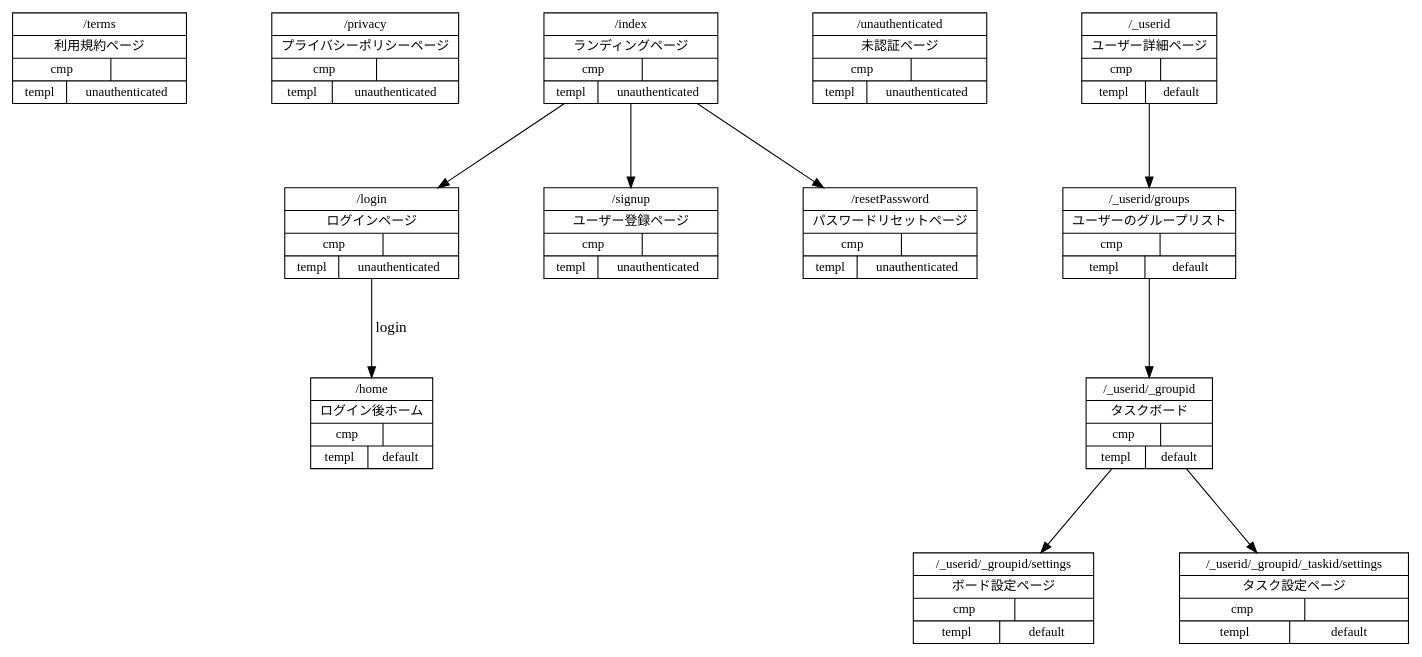
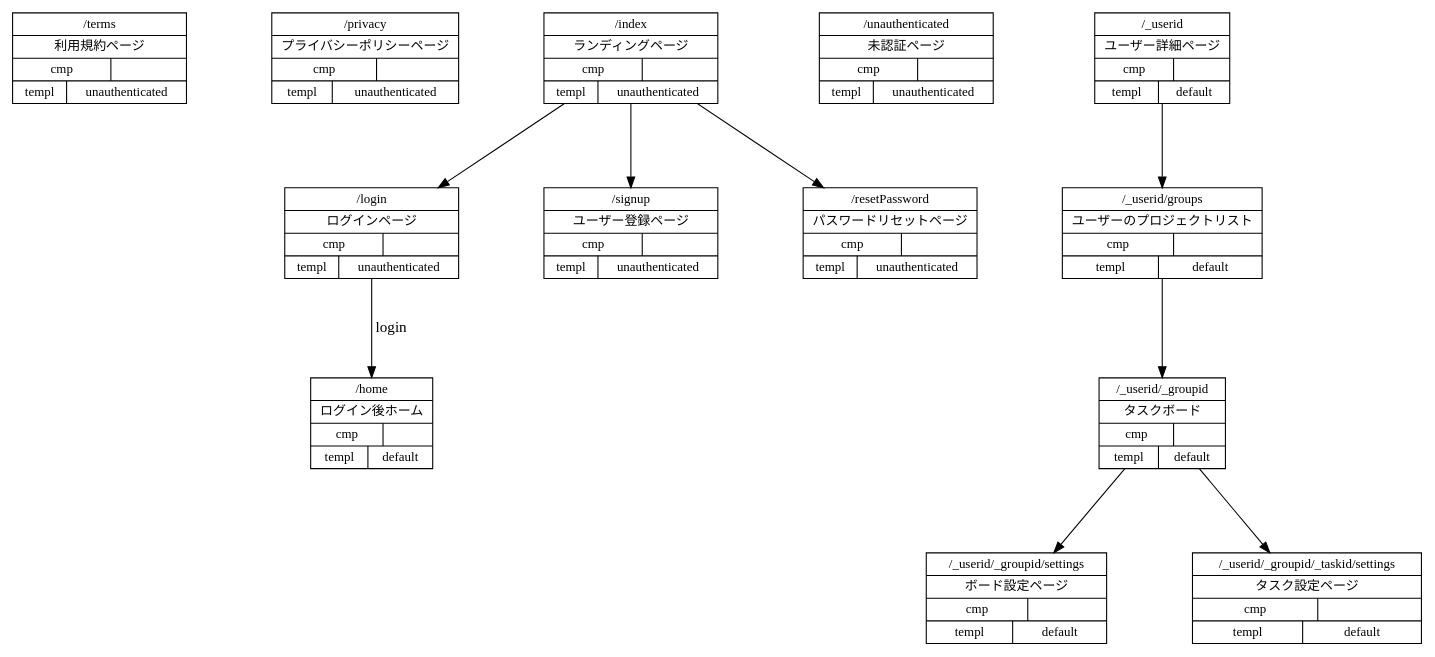
One commit to enpitut2018/task_driver_frontend changed the diagram in sitemap.dot. Above: the diagram before and after it, drawn with Graphviz. The commit also changed 4 other files, not shown here.

```diff
--- a/sitemap.dot
+++ b/sitemap.dot
@@ -1,50 +1,50 @@
 digraph graph_name {
   graph [
     charset = "UTF-8",
     bgcolor = "#FFFFFF",
     rankdir = TB,
     nodesep = 1.1,
     ranksep = 1.05
   ];
 
   node [
     shape = record,
     fontname = "Migu 1M",
     fontsize = 12,
   ];
 
   // node define
   // common page
   terms [label = "{/terms|利用規約ページ|{cmp|{}}|{templ|unauthenticated}}"];
   privacy [label = "{/privacy|プライバシーポリシーページ|{cmp|{}}|{templ|unauthenticated}}"];
 
 
   // before log in
   index [label = "{/index|ランディングページ|{cmp|{}}|{templ|unauthenticated}}"];
   unauthenticated [label = "{/unauthenticated|未認証ページ|{cmp|{}}|{templ|unauthenticated}}"];
   login [label = "{/login|ログインページ|{cmp|{}}|{templ|unauthenticated}}"];
   signup [label = "{/signup|ユーザー登録ページ|{cmp|{}}|{templ|unauthenticated}}"];
   resetPassword [label = "{/resetPassword|パスワードリセットページ|{cmp|{}}|{templ|unauthenticated}}"];
 
   // after logged in
   home [label = "{/home|ログイン後ホーム|{cmp|{}}|{templ|default}}"];
   user [label = "{/_userid|ユーザー詳細ページ|{cmp|{}}|{templ|default}}"];
-  groups [label = "{/_userid/groups|ユーザーのグループリスト|{cmp|{}}|{templ|default}}"];
+  groups [label = "{/_userid/groups|ユーザーのプロジェクトリスト|{cmp|{}}|{templ|default}}"];
   tasks [label = "{/_userid/_groupid|タスクボード|{cmp|{}}|{templ|default}}"];
   group_setting [label = "{/_userid/_groupid/settings|ボード設定ページ|{cmp|{}}|{templ|default}}"];
   task_setting [label = "{/_userid/_groupid/_taskid/settings|タスク設定ページ|{cmp|{}}|{templ|default}}"];
 
   // edge define
   // before log in
   index -> login [ label = "", weight = 1.0];
   index -> signup [ label = "", weight = 1.0];
   index -> resetPassword [ label = "", weight = 1.0];
 
   // after logged in
   login -> home [ label = "login", weight = 1.0];
   // home -> user [ label = "", weight = 1.0];
   user -> groups [ label = "", weight = 1.0];
   groups -> tasks [ label = "", weight = 1.0];
   tasks -> group_setting [ label = "", weight = 1.0];
   tasks -> task_setting [ label = "", weight = 1.0];
 }
```
